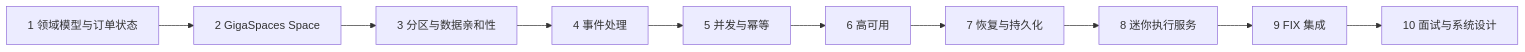
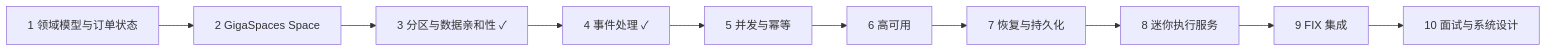
Before and after one commit to Pickupolddriver/trading-execution-lab: the diagram in docs/learning-roadmap.zh-CN.md, drawn with Mermaid. The commit also changed other lines of this file and 27 other files, not shown here.

````diff
--- a/docs/learning-roadmap.zh-CN.md
+++ b/docs/learning-roadmap.zh-CN.md
@@ -14,12 +16,12 @@
 ```mermaid
 flowchart LR
     S1[1 领域模型与订单状态] --> S2[2 GigaSpaces Space]
-    S2 --> S3[3 分区与数据亲和性]
-    S3 --> S4[4 事件处理]
+    S2 --> S3[3 分区与数据亲和性 ✓]
+    S3 --> S4[4 事件处理 ✓]
     S4 --> S5[5 并发与幂等]
     S5 --> S6[6 高可用]
     S6 --> S7[7 恢复与持久化]
     S7 --> S8[8 迷你执行服务]
     S8 --> S9[9 FIX 集成]
     S9 --> S10[10 面试与系统设计]
 ```
````
